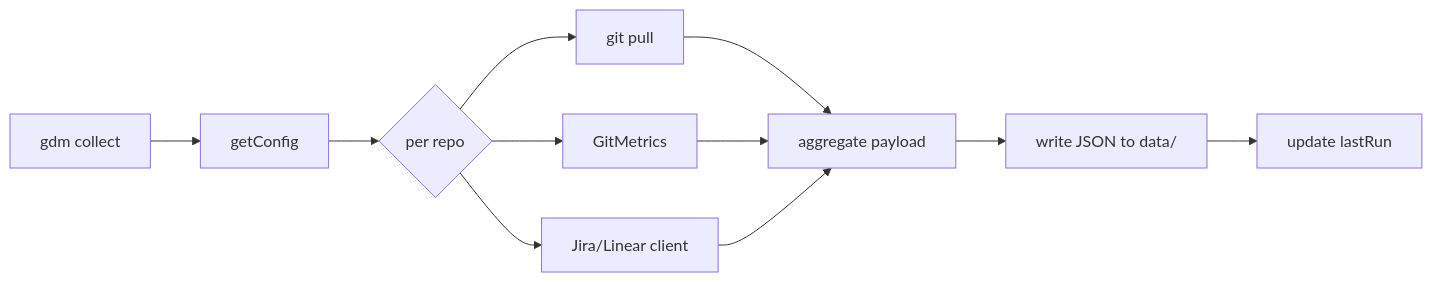
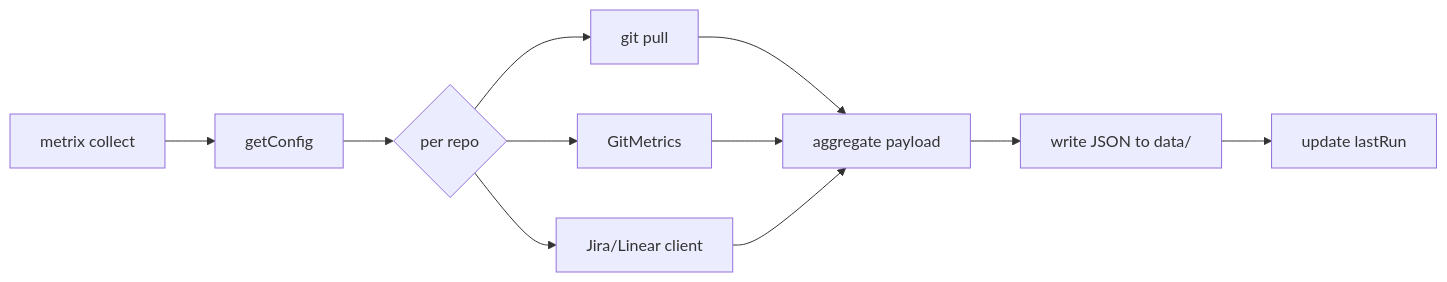
The third of 5 diagrams in docs/architecture.md (xseeduy/xseed-dev-metrics), drawn with Mermaid before and after one commit. The commit also changed other lines of this file and 20 other files, not shown here.

Commit message:
Change gdm to metrix

````diff
--- a/docs/architecture.md
+++ b/docs/architecture.md
@@ -115,13 +115,13 @@
 ```mermaid
 flowchart LR
-  A[gdm collect] --> B[getConfig]
+  A[metrix collect] --> B[getConfig]
   B --> C{per repo}
   C --> D[git pull]
   C --> E[GitMetrics]
   C --> F[Jira/Linear client]
   D --> G[aggregate payload]
   E --> G
   F --> G
   G --> H[write JSON to data/]
   H --> I[update lastRun]
 ```
````
